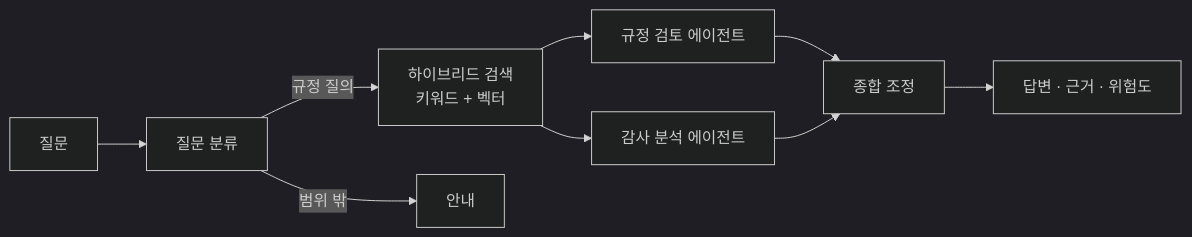
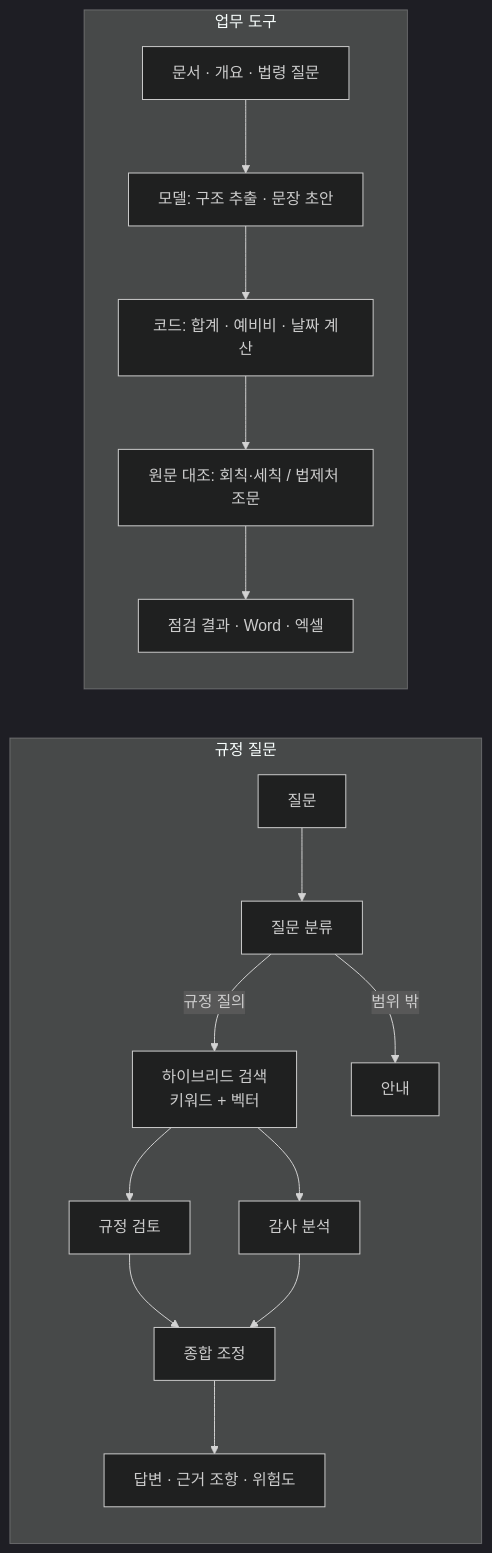
One commit to Patrick-SCH03/Student-Council_AI_Agent changed the first of 2 diagrams in README.md. Above: the diagram before and after it, drawn with Mermaid (dark theme). The commit also changed other lines of this file, not shown here.

````diff
--- a/README.md
+++ b/README.md
@@ -42,11 +85,19 @@
 ```mermaid
 flowchart LR
-    Q[질문] --> R[질문 분류]
-    R -->|규정 질의| S[하이브리드 검색<br/>키워드 + 벡터]
-    R -->|범위 밖| G[안내]
-    S --> A1[규정 검토 에이전트]
-    S --> A2[감사 분석 에이전트]
-    A1 --> C[종합 조정]
-    A2 --> C
-    C --> ANS[답변 · 근거 · 위험도]
+    subgraph QA[규정 질문]
+        Q[질문] --> R[질문 분류]
+        R -->|규정 질의| S[하이브리드 검색<br/>키워드 + 벡터]
+        R -->|범위 밖| G[안내]
+        S --> A1[규정 검토]
+        S --> A2[감사 분석]
+        A1 --> C[종합 조정]
+        A2 --> C
+        C --> ANS[답변 · 근거 조항 · 위험도]
+    end
+    subgraph TOOLS[업무 도구]
+        F[문서 · 개요 · 법령 질문] --> X[모델: 구조 추출 · 문장 초안]
+        X --> K[코드: 합계 · 예비비 · 날짜 계산]
+        K --> V[원문 대조: 회칙·세칙 / 법제처 조문]
+        V --> OUT[점검 결과 · Word · 엑셀]
+    end
 ```
````
